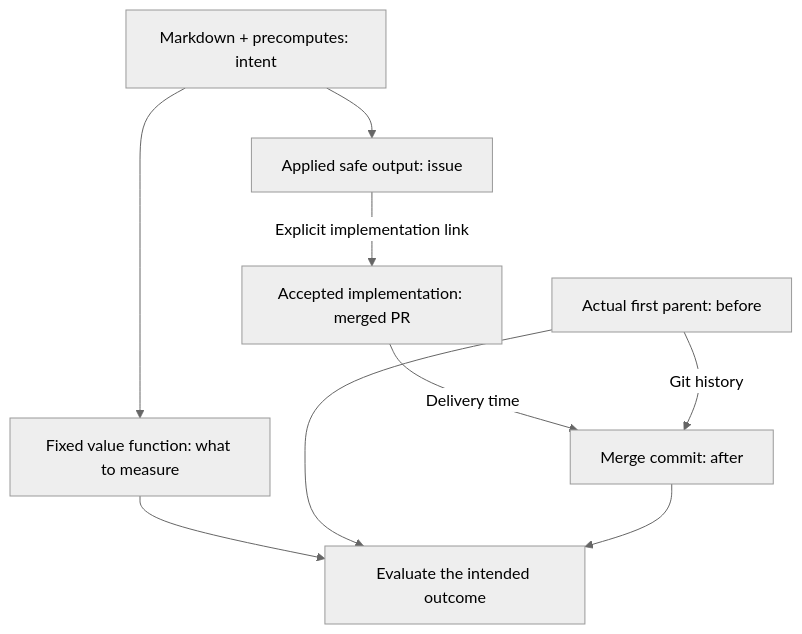
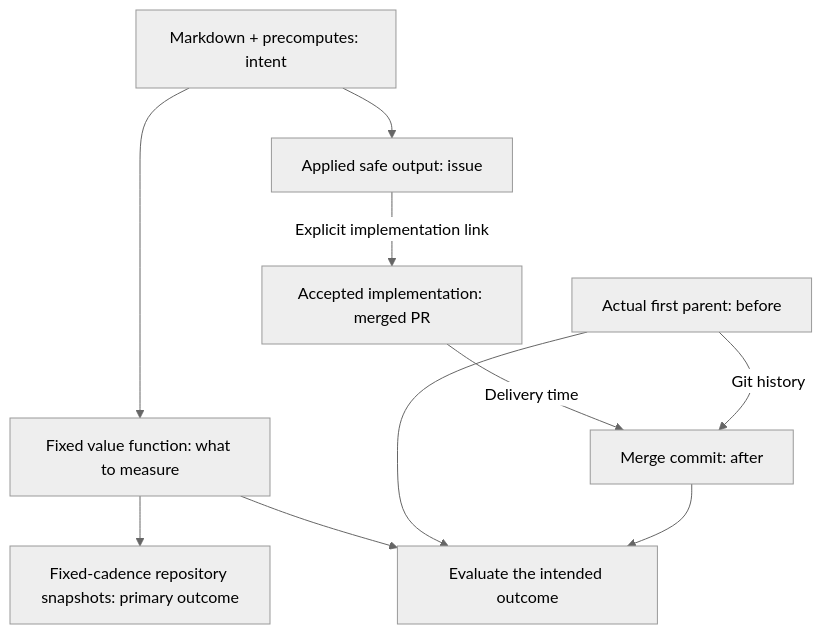
One commit to githubnext/gh-aw-cao changed the diagram in docs/operational-value-how-to.md. Above: the diagram before and after it, drawn with Mermaid (neutral theme). The commit also changed other lines of this file and 12 other files, not shown here.

````diff
--- a/docs/operational-value-how-to.md
+++ b/docs/operational-value-how-to.md
@@ -32,13 +33,14 @@
 ```mermaid
 flowchart TD
-  accTitle: Intent defines the value function; acceptance anchors its evaluation
-  accDescr: Markdown intent defines a fixed value function. Applied output is explicitly linked to an accepted implementation. Its merge locates the before and after Git revisions where that function is evaluated.
+  accTitle: Track repository state regularly and measure linked contributions at acceptance
+  accDescr: Markdown intent defines a fixed value function. Repository snapshots track the problem at a fixed cadence regardless of delivery. Applied output is linked to an accepted implementation whose merge locates before and after Git revisions for a separate contribution measurement.
   G["Markdown + precomputes: intent"] --> V["Fixed value function: what to measure"]
+  V --> S["Fixed-cadence repository snapshots: primary outcome"]
   G --> O["Applied safe output: issue"]
   O -->|"Explicit implementation link"| A["Accepted implementation: merged PR"]
   A -->|"Delivery time"| M["Merge commit: after"]
   P["Actual first parent: before"] -->|"Git history"| M
   V --> D["Evaluate the intended outcome"]
   P --> D
   M --> D
 ```
````
